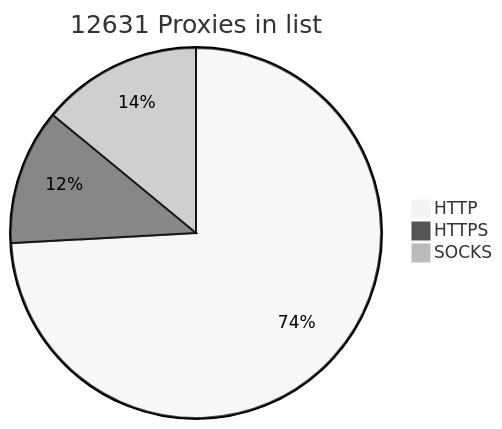
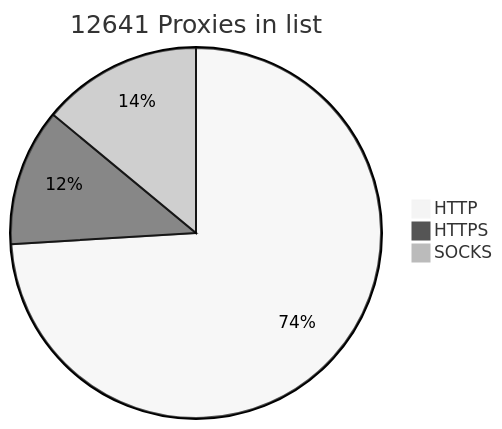
Before and after one commit to BlackSnowDot/proxylist-update-every-minute: the diagram in README.md, drawn with Mermaid (neutral theme).

````diff
--- a/README.md
+++ b/README.md
@@ -2,6 +2,6 @@
 ```mermaid
-pie title 12631 Proxies in list
-    "HTTP" : 9565
-    "HTTPS": 1528
+pie title 12641 Proxies in list
+    "HTTP" : 9578
+    "HTTPS": 1549
     "SOCKS" : 1810
 ```
````
